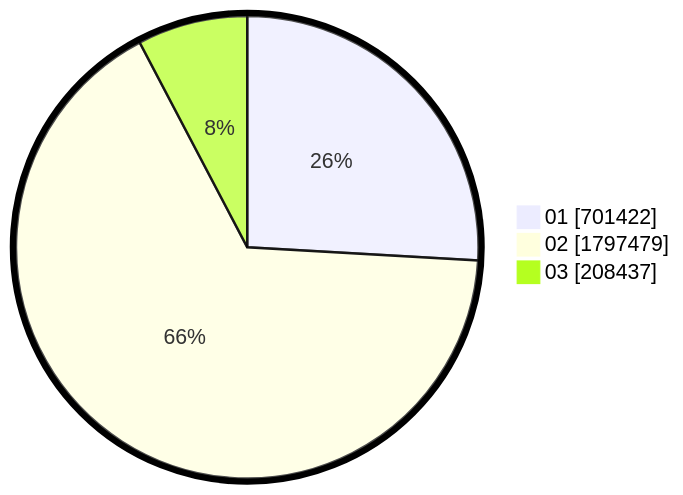
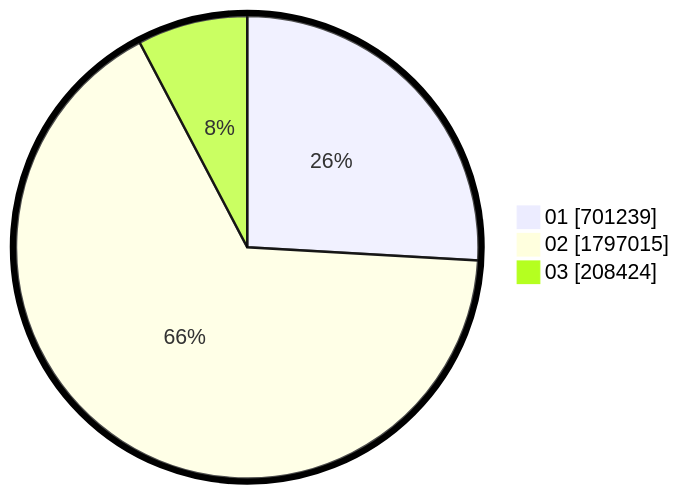
Before and after one commit to gigit-pemilu/pemilu-2024: the second of 2 diagrams in pilpres/hitung-suara/sub/table-wilayah-52.md, drawn with Mermaid. The commit also changed other lines of this file and 4 other files, not shown here.

````diff
--- a/pilpres/hitung-suara/sub/table-wilayah-52.md
+++ b/pilpres/hitung-suara/sub/table-wilayah-52.md
@@ -15,7 +15,7 @@
 ```mermaid
 %%{init: {"pie": {"textPosition": 0.5}, "themeVariables": {"pieOuterStrokeWidth": "5px"}} }%%
 pie showData
-    "01" : 701422
-    "02" : 1797479
-    "03" : 208437
+    "01" : 701239
+    "02" : 1797015
+    "03" : 208424
 ```
````
